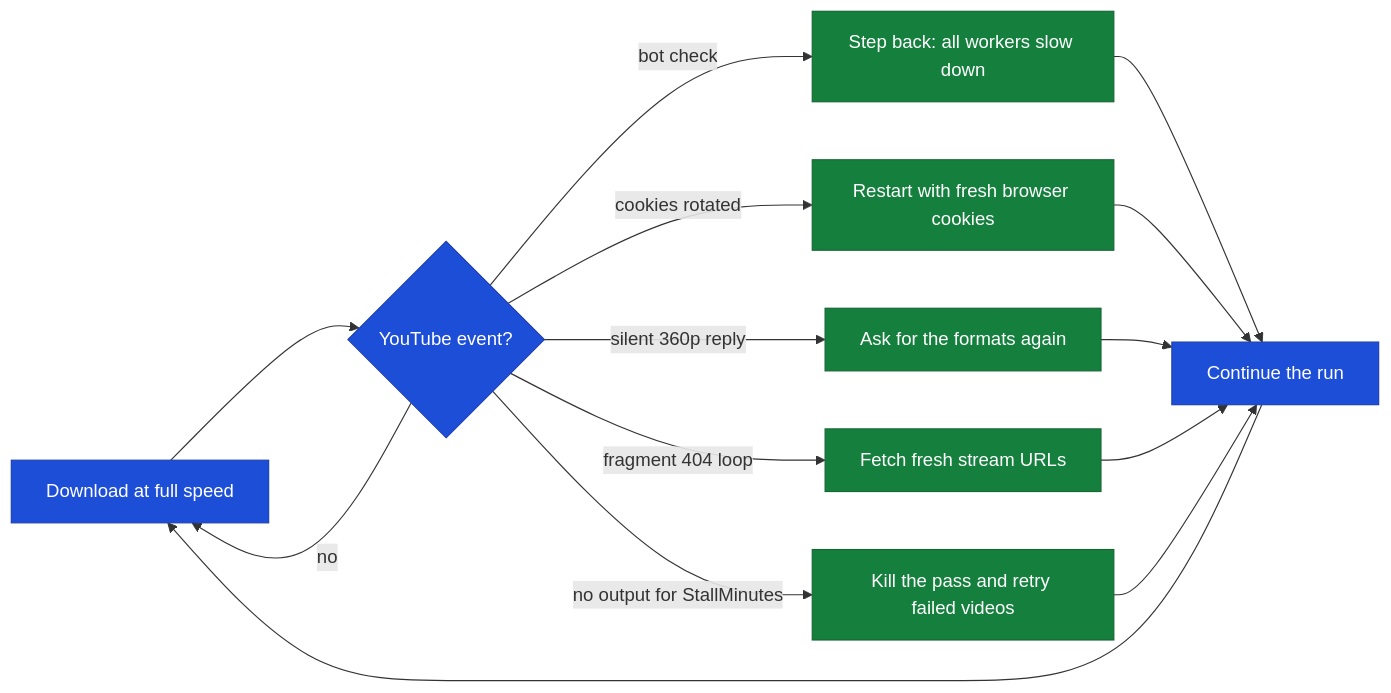
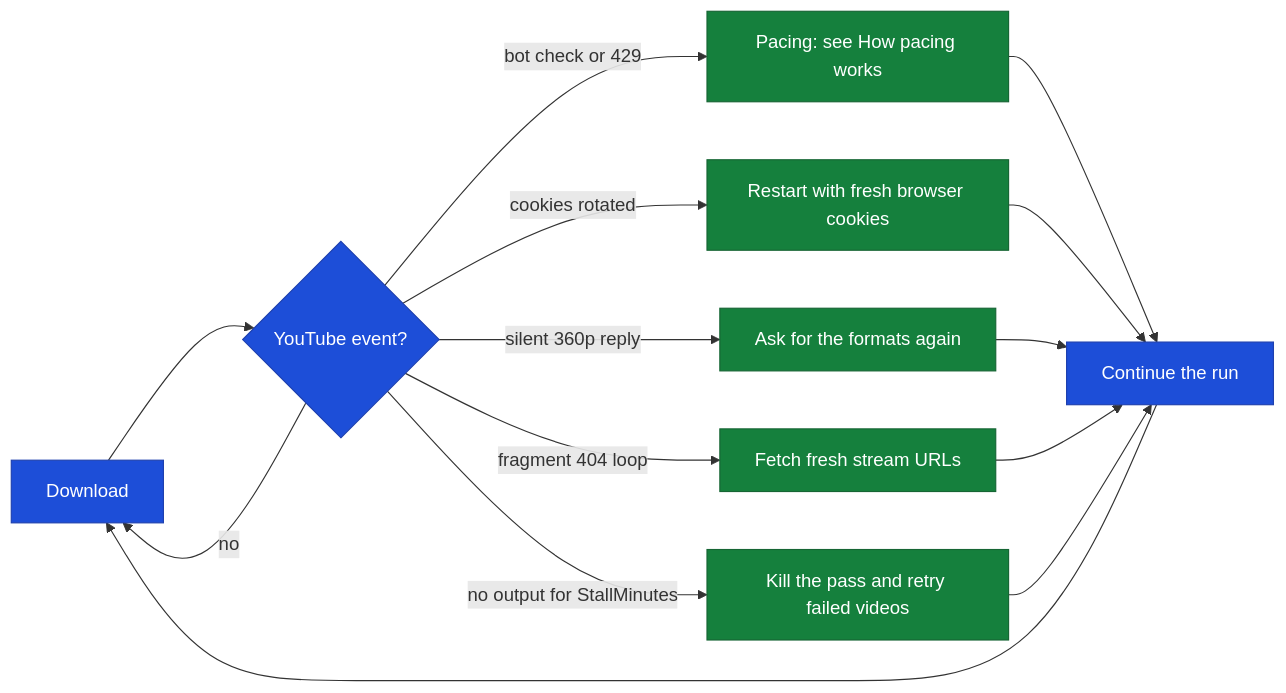
Before and after one commit to billyreagan/tubepacer: the diagram in README.md, drawn with Mermaid. The commit also changed other lines of this file and 6 other files, not shown here.

First line of the commit message:
tubepacer 1.25.0: pacing that comes back

````diff
--- a/README.md
+++ b/README.md
@@ -159,16 +188,16 @@
 ```mermaid
 flowchart LR
-    A[Download at full speed] --> B{YouTube event?}
+    A[Download] --> B{YouTube event?}
     B -- no --> A
-    B -- bot check --> C[Step back: all workers slow down]
+    B -- bot check or 429 --> C[Pacing: see How pacing works]
     B -- cookies rotated --> D[Restart with fresh browser cookies]
     B -- silent 360p reply --> E[Ask for the formats again]
     B -- fragment 404 loop --> F[Fetch fresh stream URLs]
     B -- no output for StallMinutes --> G[Kill the pass and retry failed videos]
     C & D & E & F & G --> H[Continue the run]
     H --> A
     classDef flow fill:#1d4ed8,stroke:#1e40af,color:#ffffff
     classDef fix fill:#15803d,stroke:#166534,color:#ffffff
     class A,B,H flow
     class C,D,E,F,G fix
 ```
````
